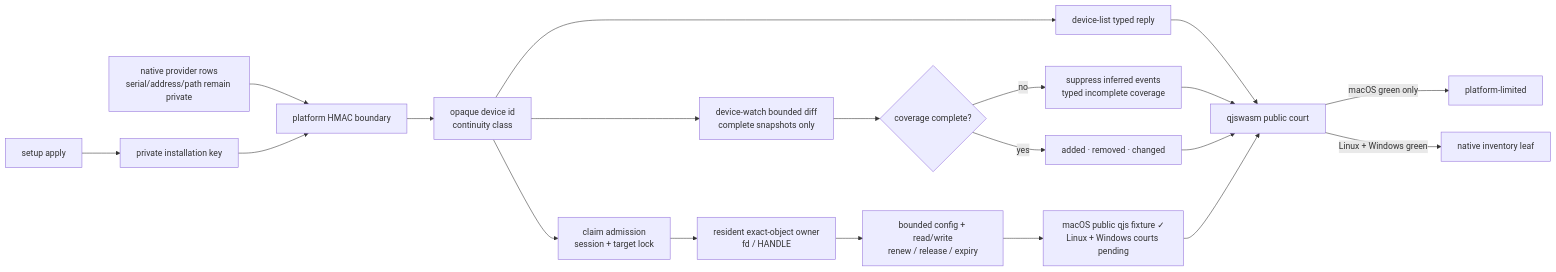
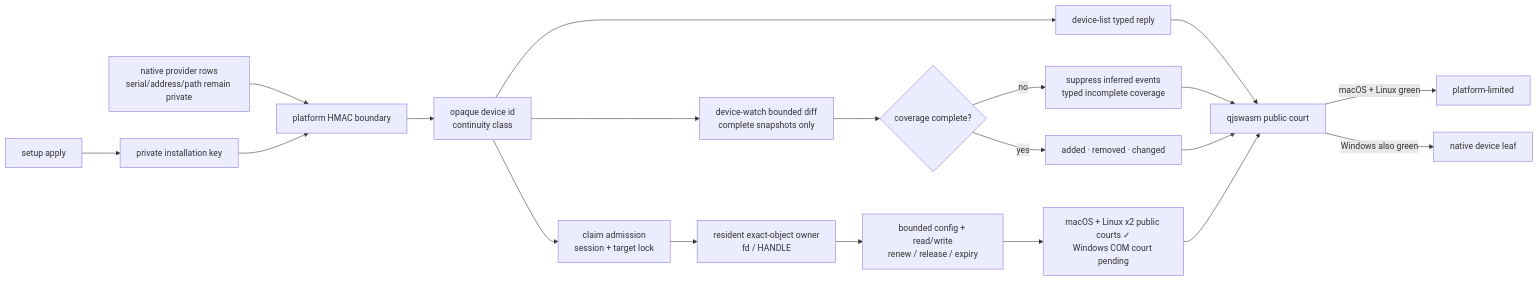
One commit to partnernetsoftware/agenterm changed the ninth of 9 diagrams in prd/PRD_02_28_agenterm_cu.md. Above: the diagram before and after it, drawn with Mermaid. The commit also changed other lines of this file and 3 other files, not shown here.

Commit message:
prd: record Linux device lease courts

````diff
--- a/prd/PRD_02_28_agenterm_cu.md
+++ b/prd/PRD_02_28_agenterm_cu.md
@@ -1402,19 +1405,19 @@
 ```mermaid
 flowchart LR
   S["setup apply"] --> K["private installation key"]
   N["native provider rows<br/>serial/address/path remain private"] --> H["platform HMAC boundary"]
   K --> H --> P["opaque device id<br/>continuity class"]
   P --> Q["device-list typed reply"] --> C["qjswasm public court"]
   P --> W["device-watch bounded diff<br/>complete snapshots only"]
   P --> A["claim admission<br/>session + target lock"]
   A --> O["resident exact-object owner<br/>fd / HANDLE"]
   O --> IO["bounded config + read/write<br/>renew / release / expiry"]
-  IO --> DC["macOS public qjs fixture ✓<br/>Linux + Windows courts pending"]
+  IO --> DC["macOS + Linux x2 public courts ✓<br/>Windows COM court pending"]
   W --> WC{"coverage complete?"}
   WC -->|no| WS["suppress inferred events<br/>typed incomplete coverage"]
   WC -->|yes| WE["added · removed · changed"]
   WS & WE --> C
   DC --> C
-  C -->|macOS green only| M["platform-limited"]
-  C -->|Linux + Windows green| V["native inventory leaf"]
+  C -->|macOS + Linux green| M["platform-limited"]
+  C -->|Windows also green| V["native device leaf"]
 ```
````
